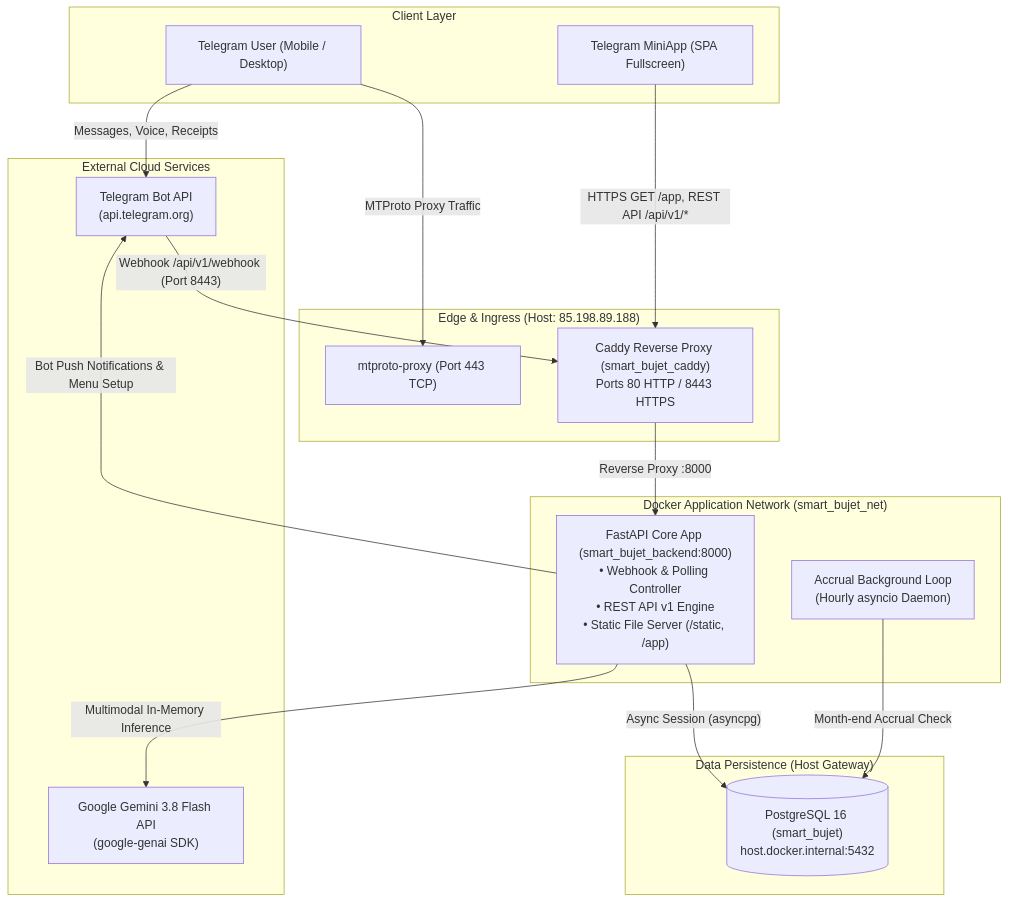
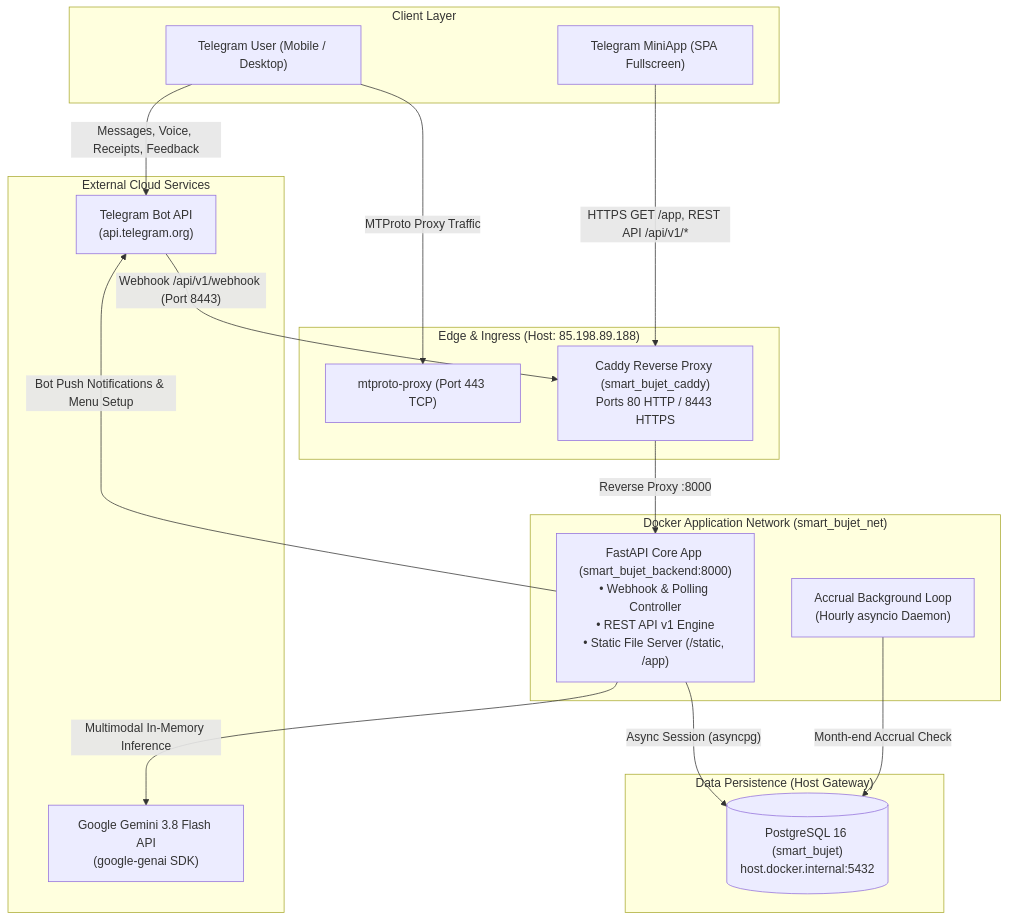
The first of 7 diagrams in ARCHITECTURE.md (AntonioKolosov/smart-bujet), drawn with Mermaid before and after one commit. The commit also changed other lines of this file, not shown here.

Commit message:
docs(architecture): update ARCHITECTURE.md to v2.5.0 with credit domain, analytics, and security hardening

````diff
--- a/ARCHITECTURE.md
+++ b/ARCHITECTURE.md
@@ -20,38 +19,38 @@
 ```mermaid
 flowchart TD
     subgraph ClientLayer ["Client Layer"]
         TG_USER["Telegram User (Mobile / Desktop)"]
         TG_MINIAPP["Telegram MiniApp (SPA Fullscreen)"]
     end
 
     subgraph EdgeLayer ["Edge & Ingress (Host: 85.198.89.188)"]
         MTPROTO["mtproto-proxy (Port 443 TCP)"]
         CADDY["Caddy Reverse Proxy (smart_bujet_caddy)<br/>Ports 80 HTTP / 8443 HTTPS"]
     end
 
     subgraph ContainerLayer ["Docker Application Network (smart_bujet_net)"]
         FASTAPI["FastAPI Core App (smart_bujet_backend:8000)<br/>• Webhook & Polling Controller<br/>• REST API v1 Engine<br/>• Static File Server (/static, /app)"]
         SCHEDULER["Accrual Background Loop<br/>(Hourly asyncio Daemon)"]
     end
 
     subgraph DatabaseLayer ["Data Persistence (Host Gateway)"]
         POSTGRES[("PostgreSQL 16 (smart_bujet)<br/>host.docker.internal:5432")]
     end
 
     subgraph ExternalServices ["External Cloud Services"]
         GEMINI["Google Gemini 3.8 Flash API<br/>(google-genai SDK)"]
         TELEGRAM_API["Telegram Bot API<br/>(api.telegram.org)"]
     end
 
-    TG_USER -->|"Messages, Voice, Receipts"| TELEGRAM_API
+    TG_USER -->|"Messages, Voice, Receipts, Feedback"| TELEGRAM_API
     TG_USER -->|"MTProto Proxy Traffic"| MTPROTO
     TG_MINIAPP -->|"HTTPS GET /app, REST API /api/v1/*"| CADDY
 
     TELEGRAM_API -->|"Webhook /api/v1/webhook (Port 8443)"| CADDY
     CADDY -->|"Reverse Proxy :8000"| FASTAPI
 
     FASTAPI -->|"Multimodal In-Memory Inference"| GEMINI
     FASTAPI -->|"Async Session (asyncpg)"| POSTGRES
     SCHEDULER -->|"Month-end Accrual Check"| POSTGRES
     FASTAPI -->|"Bot Push Notifications & Menu Setup"| TELEGRAM_API
 ```
````
